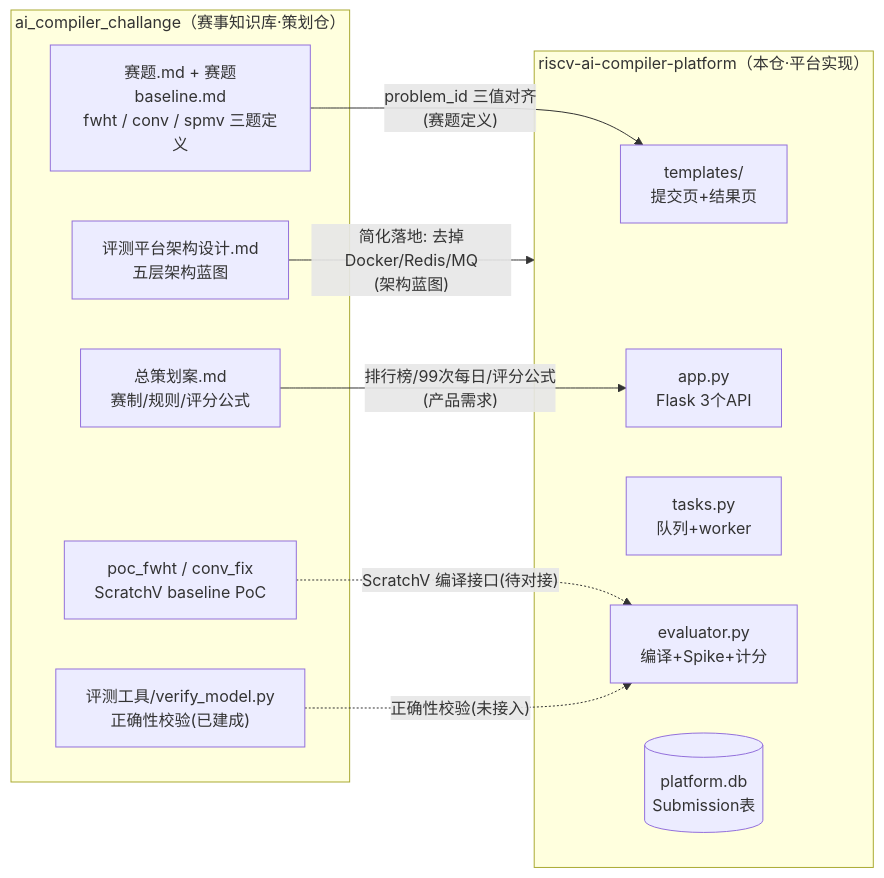
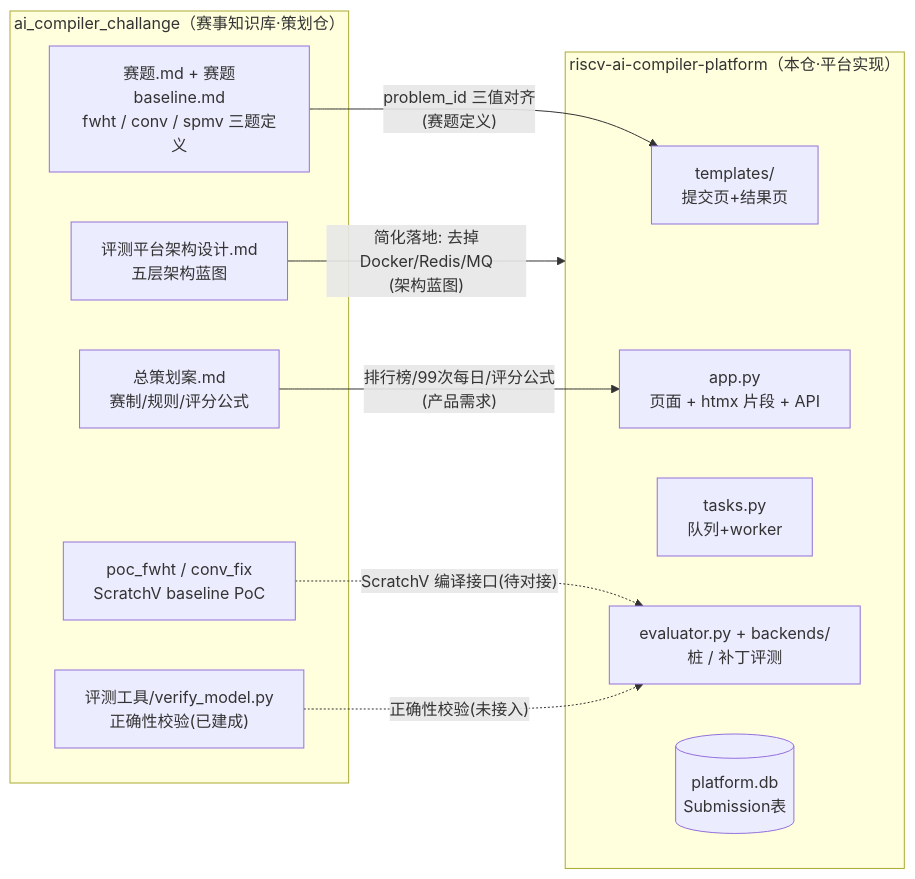
One commit to ScratchV-Compiler/riscv-ai-compiler-platform changed the first of 2 diagrams in README.md. Above: the diagram before and after it, drawn with Mermaid. The commit also changed other lines of this file and 32 other files, not shown here.

````diff
--- a/README.md
+++ b/README.md
@@ -55,24 +63,24 @@
 ```mermaid
 flowchart LR
     subgraph ACC["ai_compiler_challange（赛事知识库·策划仓）"]
         ZP["总策划案.md<br/>赛制/规则/评分公式"]
         JZ["评测平台架构设计.md<br/>五层架构蓝图"]
         ST["赛题.md + 赛题baseline.md<br/>fwht / conv / spmv 三题定义"]
         VT["评测工具/verify_model.py<br/>正确性校验(已建成)"]
         PO["poc_fwht / conv_fix<br/>ScratchV baseline PoC"]
     end
 
     subgraph PLAT["riscv-ai-compiler-platform（本仓·平台实现）"]
         WEB["templates/<br/>提交页+结果页"]
-        API["app.py<br/>Flask 3个API"]
+        API["app.py<br/>页面 + htmx 片段 + API"]
         TQ["tasks.py<br/>队列+worker"]
-        EV["evaluator.py<br/>编译+Spike+计分"]
+        EV["evaluator.py + backends/<br/>桩 / 补丁评测"]
         DB[("platform.db<br/>Submission表")]
     end
 
     ZP -- "排行榜/99次每日/评分公式<br/>(产品需求)" --> API
     JZ -- "简化落地: 去掉Docker/Redis/MQ<br/>(架构蓝图)" --> PLAT
     ST -- "problem_id 三值对齐<br/>(赛题定义)" --> WEB
     PO -. "ScratchV 编译接口(待对接)" .-> EV
     VT -. "正确性校验(未接入)" .-> EV
 ```
````
